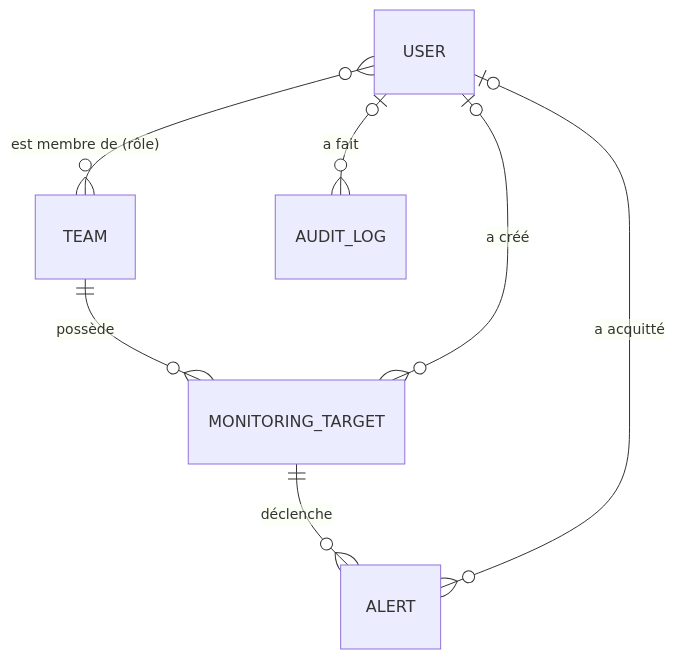
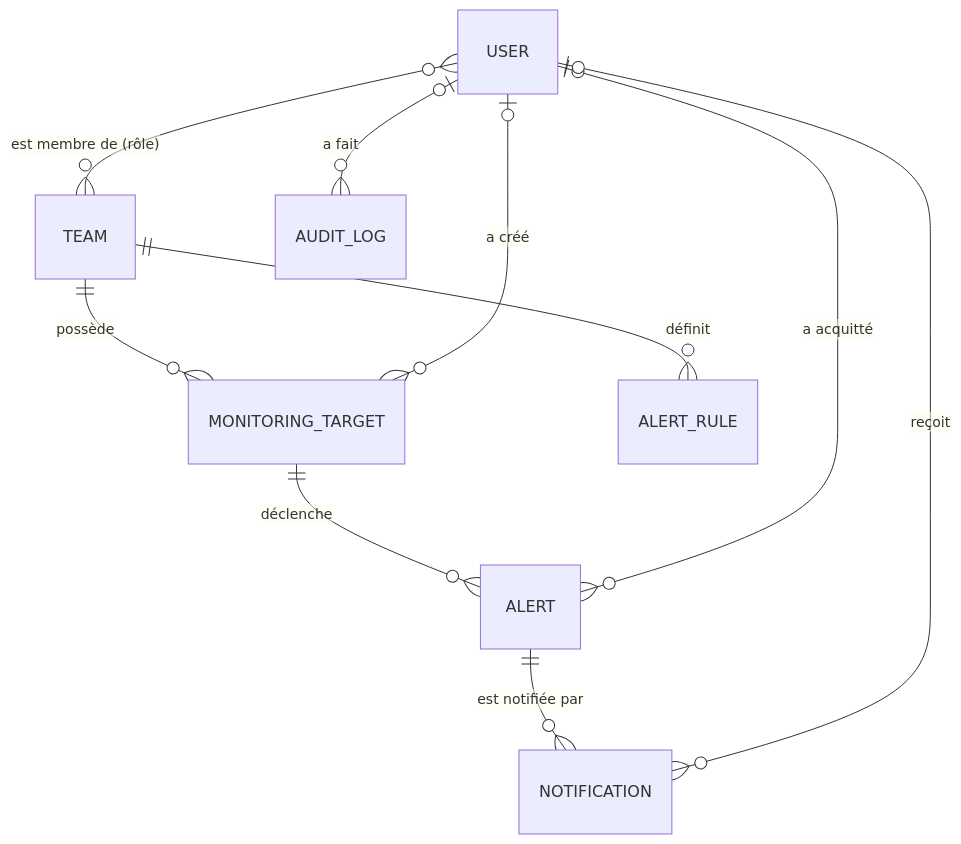
Before and after one commit to wissalsaidi/Monitoring-Platform: the first of 2 diagrams in docs/conception/04-modele-de-donnees.md, drawn with Mermaid. The commit also changed other lines of this file and 10 other files, not shown here.

````diff
--- a/docs/conception/04-modele-de-donnees.md
+++ b/docs/conception/04-modele-de-donnees.md
@@ -9,9 +9,12 @@
 ```mermaid
 erDiagram
     USER }o--o{ TEAM : "est membre de (rôle)"
     TEAM ||--o{ MONITORING_TARGET : "possède"
     USER |o--o{ MONITORING_TARGET : "a créé"
     MONITORING_TARGET ||--o{ ALERT : "déclenche"
     USER |o--o{ ALERT : "a acquitté"
     USER |o--o{ AUDIT_LOG : "a fait"
+    TEAM ||--o{ ALERT_RULE : "définit"
+    ALERT ||--o{ NOTIFICATION : "est notifiée par"
+    USER |o--o{ NOTIFICATION : "reçoit"
 ```
````
